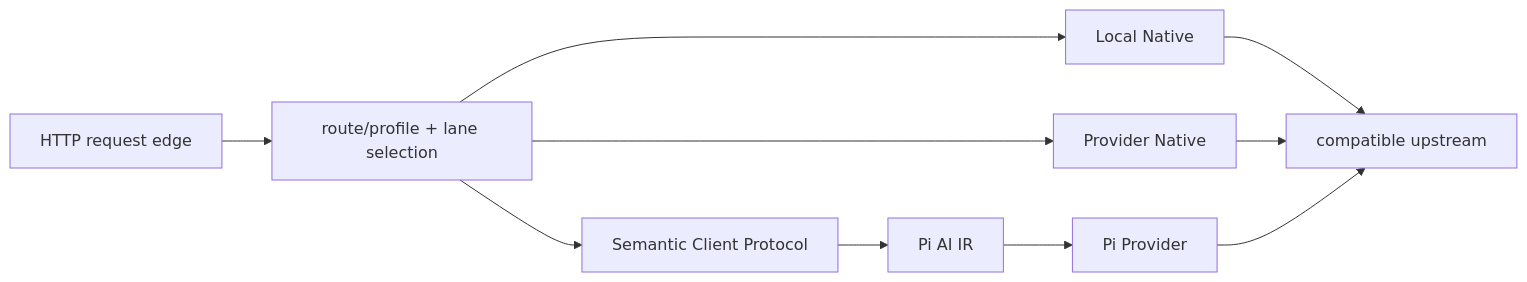
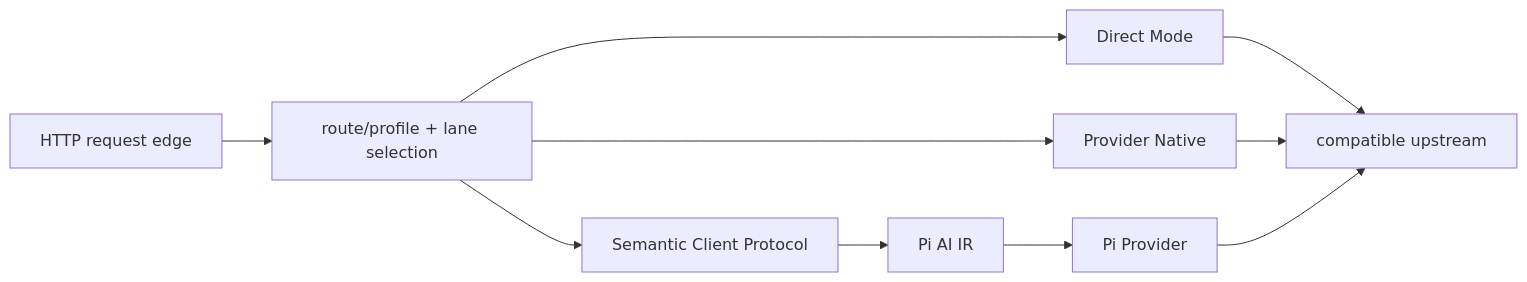
Before and after one commit to keeplearning2026/LuckyToken: the third of 19 diagrams in doc/LuckyTokenArchitecture.md, drawn with Mermaid. The commit also changed other lines of this file and 79 other files, not shown here.

Commit message:
feat(codex): add transparent direct mode endpoints

````diff
--- a/doc/LuckyTokenArchitecture.md
+++ b/doc/LuckyTokenArchitecture.md
@@ -230,12 +230,12 @@
 ```mermaid
 flowchart LR
     Edge["HTTP request edge"] --> Desk["route/profile + lane selection"]
-    Desk --> Local["Local Native"]
+    Desk --> Local["Direct Mode"]
     Desk --> Native["Provider Native"]
     Desk --> Translator["Semantic Client Protocol"]
     Translator --> Standard["Pi AI IR"]
     Standard --> Buyer["Pi Provider"]
     Local --> Supplier["compatible upstream"]
     Native --> Supplier
     Buyer --> Supplier
 ```
````
